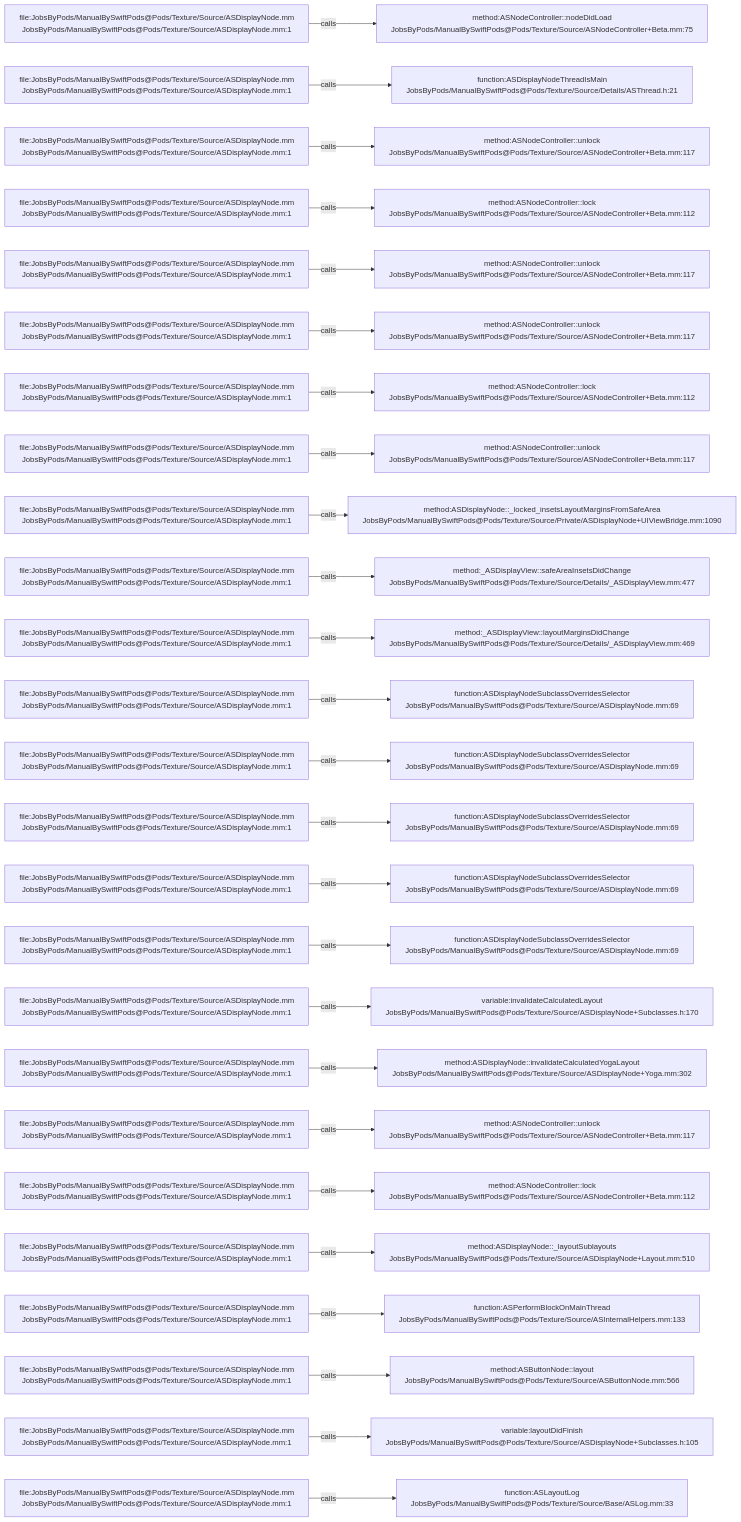
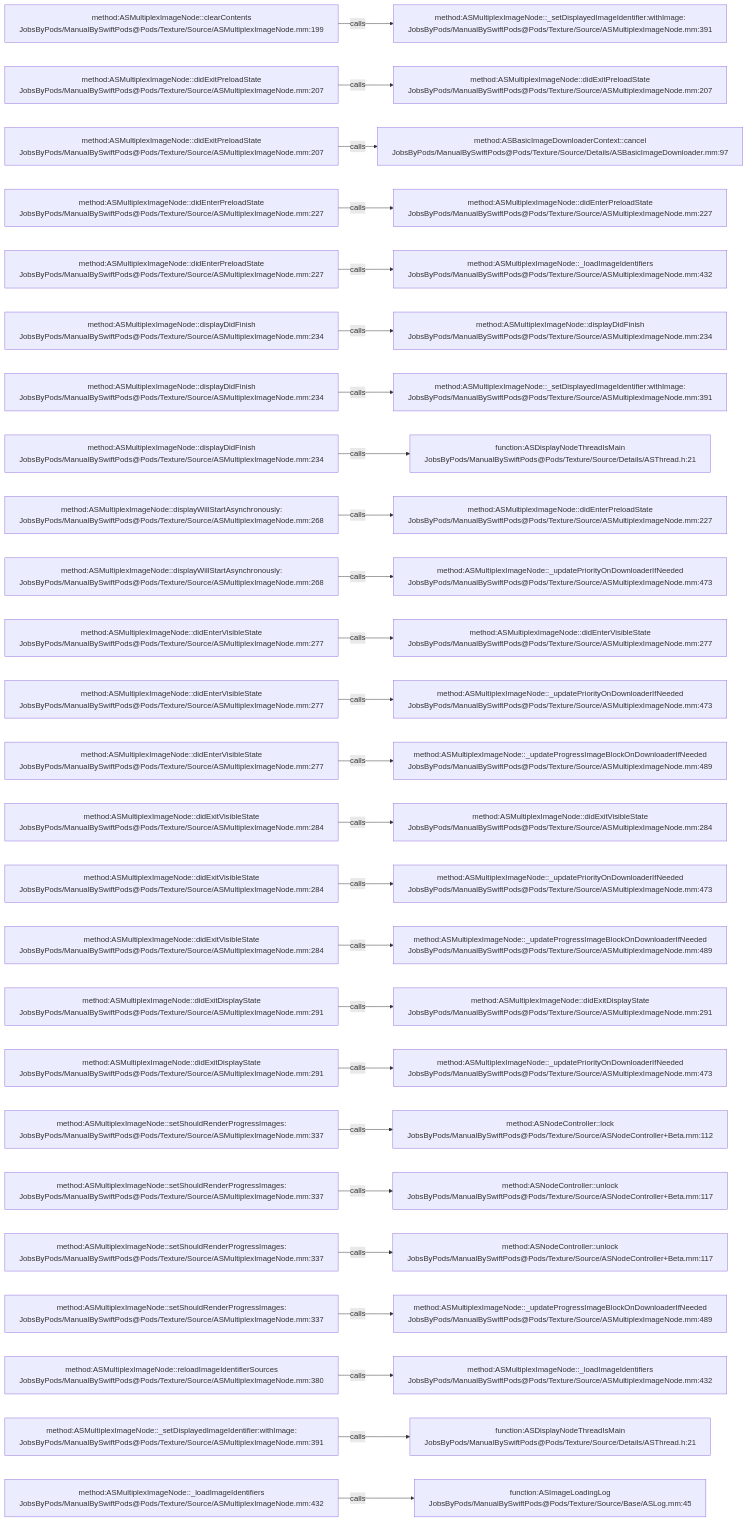
The diagram in .codegraph/codegraph.md/graphs/calls-047.md (JobsKits/JobsSwiftBaseConfigDemo), drawn with Mermaid before and after one commit. The commit also changed 832 other files, not shown here.

````diff
--- a/.codegraph/codegraph.md/graphs/calls-047.md
+++ b/.codegraph/codegraph.md/graphs/calls-047.md
@@ -13,78 +13,78 @@
 ```mermaid
 flowchart LR
-  S1["file:JobsByPods/ManualBySwiftPods@Pods/Texture/Source/ASDisplayNode.mm<br/>JobsByPods/ManualBySwiftPods@Pods/Texture/Source/ASDisplayNode.mm:1"]
-  T1["method:ASNodeController::nodeDidLoad<br/>JobsByPods/ManualBySwiftPods@Pods/Texture/Source/ASNodeController+Beta.mm:75"]
+  S1["method:ASMultiplexImageNode::clearContents<br/>JobsByPods/ManualBySwiftPods@Pods/Texture/Source/ASMultiplexImageNode.mm:199"]
+  T1["method:ASMultiplexImageNode::_setDisplayedImageIdentifier:withImage:<br/>JobsByPods/ManualBySwiftPods@Pods/Texture/Source/ASMultiplexImageNode.mm:391"]
   S1 -->|calls| T1
-  S2["file:JobsByPods/ManualBySwiftPods@Pods/Texture/Source/ASDisplayNode.mm<br/>JobsByPods/ManualBySwiftPods@Pods/Texture/Source/ASDisplayNode.mm:1"]
-  T2["function:ASDisplayNodeThreadIsMain<br/>JobsByPods/ManualBySwiftPods@Pods/Texture/Source/Details/ASThread.h:21"]
+  S2["method:ASMultiplexImageNode::didExitPreloadState<br/>JobsByPods/ManualBySwiftPods@Pods/Texture/Source/ASMultiplexImageNode.mm:207"]
+  T2["method:ASMultiplexImageNode::didExitPreloadState<br/>JobsByPods/ManualBySwiftPods@Pods/Texture/Source/ASMultiplexImageNode.mm:207"]
   S2 -->|calls| T2
-  S3["file:JobsByPods/ManualBySwiftPods@Pods/Texture/Source/ASDisplayNode.mm<br/>JobsByPods/ManualBySwiftPods@Pods/Texture/Source/ASDisplayNode.mm:1"]
-  T3["method:ASNodeController::unlock<br/>JobsByPods/ManualBySwiftPods@Pods/Texture/Source/ASNodeController+Beta.mm:117"]
+  S3["method:ASMultiplexImageNode::didExitPreloadState<br/>JobsByPods/ManualBySwiftPods@Pods/Texture/Source/ASMultiplexImageNode.mm:207"]
+  T3["method:ASBasicImageDownloaderContext::cancel<br/>JobsByPods/ManualBySwiftPods@Pods/Texture/Source/Details/ASBasicImageDownloader.mm:97"]
   S3 -->|calls| T3
-  S4["file:JobsByPods/ManualBySwiftPods@Pods/Texture/Source/ASDisplayNode.mm<br/>JobsByPods/ManualBySwiftPods@Pods/Texture/Source/ASDisplayNode.mm:1"]
-  T4["method:ASNodeController::lock<br/>JobsByPods/ManualBySwiftPods@Pods/Texture/Source/ASNodeController+Beta.mm:112"]
+  S4["method:ASMultiplexImageNode::didEnterPreloadState<br/>JobsByPods/ManualBySwiftPods@Pods/Texture/Source/ASMultiplexImageNode.mm:227"]
+  T4["method:ASMultiplexImageNode::didEnterPreloadState<br/>JobsByPods/ManualBySwiftPods@Pods/Texture/Source/ASMultiplexImageNode.mm:227"]
   S4 -->|calls| T4
-  S5["file:JobsByPods/ManualBySwiftPods@Pods/Texture/Source/ASDisplayNode.mm<br/>JobsByPods/ManualBySwiftPods@Pods/Texture/Source/ASDisplayNode.mm:1"]
-  T5["method:ASNodeController::unlock<br/>JobsByPods/ManualBySwiftPods@Pods/Texture/Source/ASNodeController+Beta.mm:117"]
+  S5["method:ASMultiplexImageNode::didEnterPreloadState<br/>JobsByPods/ManualBySwiftPods@Pods/Texture/Source/ASMultiplexImageNode.mm:227"]
+  T5["method:ASMultiplexImageNode::_loadImageIdentifiers<br/>JobsByPods/ManualBySwiftPods@Pods/Texture/Source/ASMultiplexImageNode.mm:432"]
   S5 -->|calls| T5
-  S6["file:JobsByPods/ManualBySwiftPods@Pods/Texture/Source/ASDisplayNode.mm<br/>JobsByPods/ManualBySwiftPods@Pods/Texture/Source/ASDisplayNode.mm:1"]
-  T6["method:ASNodeController::unlock<br/>JobsByPods/ManualBySwiftPods@Pods/Texture/Source/ASNodeController+Beta.mm:117"]
+  S6["method:ASMultiplexImageNode::displayDidFinish<br/>JobsByPods/ManualBySwiftPods@Pods/Texture/Source/ASMultiplexImageNode.mm:234"]
+  T6["method:ASMultiplexImageNode::displayDidFinish<br/>JobsByPods/ManualBySwiftPods@Pods/Texture/Source/ASMultiplexImageNode.mm:234"]
   S6 -->|calls| T6
-  S7["file:JobsByPods/ManualBySwiftPods@Pods/Texture/Source/ASDisplayNode.mm<br/>JobsByPods/ManualBySwiftPods@Pods/Texture/Source/ASDisplayNode.mm:1"]
-  T7["method:ASNodeController::lock<br/>JobsByPods/ManualBySwiftPods@Pods/Texture/Source/ASNodeController+Beta.mm:112"]
+  S7["method:ASMultiplexImageNode::displayDidFinish<br/>JobsByPods/ManualBySwiftPods@Pods/Texture/Source/ASMultiplexImageNode.mm:234"]
+  T7["method:ASMultiplexImageNode::_setDisplayedImageIdentifier:withImage:<br/>JobsByPods/ManualBySwiftPods@Pods/Texture/Source/ASMultiplexImageNode.mm:391"]
   S7 -->|calls| T7
-  S8["file:JobsByPods/ManualBySwiftPods@Pods/Texture/Source/ASDisplayNode.mm<br/>JobsByPods/ManualBySwiftPods@Pods/Texture/Source/ASDisplayNode.mm:1"]
-  T8["method:ASNodeController::unlock<br/>JobsByPods/ManualBySwiftPods@Pods/Texture/Source/ASNodeController+Beta.mm:117"]
+  S8["method:ASMultiplexImageNode::displayDidFinish<br/>JobsByPods/ManualBySwiftPods@Pods/Texture/Source/ASMultiplexImageNode.mm:234"]
+  T8["function:ASDisplayNodeThreadIsMain<br/>JobsByPods/ManualBySwiftPods@Pods/Texture/Source/Details/ASThread.h:21"]
   S8 -->|calls| T8
-  S9["file:JobsByPods/ManualBySwiftPods@Pods/Texture/Source/ASDisplayNode.mm<br/>JobsByPods/ManualBySwiftPods@Pods/Texture/Source/ASDisplayNode.mm:1"]
-  T9["method:ASDisplayNode::_locked_insetsLayoutMarginsFromSafeArea<br/>JobsByPods/ManualBySwiftPods@Pods/Texture/Source/Private/ASDisplayNode+UIViewBridge.mm:1090"]
+  S9["method:ASMultiplexImageNode::displayWillStartAsynchronously:<br/>JobsByPods/ManualBySwiftPods@Pods/Texture/Source/ASMultiplexImageNode.mm:268"]
+  T9["method:ASMultiplexImageNode::didEnterPreloadState<br/>JobsByPods/ManualBySwiftPods@Pods/Texture/Source/ASMultiplexImageNode.mm:227"]
   S9 -->|calls| T9
-  S10["file:JobsByPods/ManualBySwiftPods@Pods/Texture/Source/ASDisplayNode.mm<br/>JobsByPods/ManualBySwiftPods@Pods/Texture/Source/ASDisplayNode.mm:1"]
-  T10["method:_ASDisplayView::safeAreaInsetsDidChange<br/>JobsByPods/ManualBySwiftPods@Pods/Texture/Source/Details/_ASDisplayView.mm:477"]
+  S10["method:ASMultiplexImageNode::displayWillStartAsynchronously:<br/>JobsByPods/ManualBySwiftPods@Pods/Texture/Source/ASMultiplexImageNode.mm:268"]
+  T10["method:ASMultiplexImageNode::_updatePriorityOnDownloaderIfNeeded<br/>JobsByPods/ManualBySwiftPods@Pods/Texture/Source/ASMultiplexImageNode.mm:473"]
   S10 -->|calls| T10
-  S11["file:JobsByPods/ManualBySwiftPods@Pods/Texture/Source/ASDisplayNode.mm<br/>JobsByPods/ManualBySwiftPods@Pods/Texture/Source/ASDisplayNode.mm:1"]
-  T11["method:_ASDisplayView::layoutMarginsDidChange<br/>JobsByPods/ManualBySwiftPods@Pods/Texture/Source/Details/_ASDisplayView.mm:469"]
+  S11["method:ASMultiplexImageNode::didEnterVisibleState<br/>JobsByPods/ManualBySwiftPods@Pods/Texture/Source/ASMultiplexImageNode.mm:277"]
+  T11["method:ASMultiplexImageNode::didEnterVisibleState<br/>JobsByPods/ManualBySwiftPods@Pods/Texture/Source/ASMultiplexImageNode.mm:277"]
   S11 -->|calls| T11
-  S12["file:JobsByPods/ManualBySwiftPods@Pods/Texture/Source/ASDisplayNode.mm<br/>JobsByPods/ManualBySwiftPods@Pods/Texture/Source/ASDisplayNode.mm:1"]
-  T12["function:ASDisplayNodeSubclassOverridesSelector<br/>JobsByPods/ManualBySwiftPods@Pods/Texture/Source/ASDisplayNode.mm:69"]
+  S12["method:ASMultiplexImageNode::didEnterVisibleState<br/>JobsByPods/ManualBySwiftPods@Pods/Texture/Source/ASMultiplexImageNode.mm:277"]
+  T12["method:ASMultiplexImageNode::_updatePriorityOnDownloaderIfNeeded<br/>JobsByPods/ManualBySwiftPods@Pods/Texture/Source/ASMultiplexImageNode.mm:473"]
   S12 -->|calls| T12
-  S13["file:JobsByPods/ManualBySwiftPods@Pods/Texture/Source/ASDisplayNode.mm<br/>JobsByPods/ManualBySwiftPods@Pods/Texture/Source/ASDisplayNode.mm:1"]
-  T13["function:ASDisplayNodeSubclassOverridesSelector<br/>JobsByPods/ManualBySwiftPods@Pods/Texture/Source/ASDisplayNode.mm:69"]
+  S13["method:ASMultiplexImageNode::didEnterVisibleState<br/>JobsByPods/ManualBySwiftPods@Pods/Texture/Source/ASMultiplexImageNode.mm:277"]
+  T13["method:ASMultiplexImageNode::_updateProgressImageBlockOnDownloaderIfNeeded<br/>JobsByPods/ManualBySwiftPods@Pods/Texture/Source/ASMultiplexImageNode.mm:489"]
   S13 -->|calls| T13
-  S14["file:JobsByPods/ManualBySwiftPods@Pods/Texture/Source/ASDisplayNode.mm<br/>JobsByPods/ManualBySwiftPods@Pods/Texture/Source/ASDisplayNode.mm:1"]
-  T14["function:ASDisplayNodeSubclassOverridesSelector<br/>JobsByPods/ManualBySwiftPods@Pods/Texture/Source/ASDisplayNode.mm:69"]
+  S14["method:ASMultiplexImageNode::didExitVisibleState<br/>JobsByPods/ManualBySwiftPods@Pods/Texture/Source/ASMultiplexImageNode.mm:284"]
+  T14["method:ASMultiplexImageNode::didExitVisibleState<br/>JobsByPods/ManualBySwiftPods@Pods/Texture/Source/ASMultiplexImageNode.mm:284"]
   S14 -->|calls| T14
-  S15["file:JobsByPods/ManualBySwiftPods@Pods/Texture/Source/ASDisplayNode.mm<br/>JobsByPods/ManualBySwiftPods@Pods/Texture/Source/ASDisplayNode.mm:1"]
-  T15["function:ASDisplayNodeSubclassOverridesSelector<br/>JobsByPods/ManualBySwiftPods@Pods/Texture/Source/ASDisplayNode.mm:69"]
+  S15["method:ASMultiplexImageNode::didExitVisibleState<br/>JobsByPods/ManualBySwiftPods@Pods/Texture/Source/ASMultiplexImageNode.mm:284"]
+  T15["method:ASMultiplexImageNode::_updatePriorityOnDownloaderIfNeeded<br/>JobsByPods/ManualBySwiftPods@Pods/Texture/Source/ASMultiplexImageNode.mm:473"]
   S15 -->|calls| T15
-  S16["file:JobsByPods/ManualBySwiftPods@Pods/Texture/Source/ASDisplayNode.mm<br/>JobsByPods/ManualBySwiftPods@Pods/Texture/Source/ASDisplayNode.mm:1"]
-  T16["function:ASDisplayNodeSubclassOverridesSelector<br/>JobsByPods/ManualBySwiftPods@Pods/Texture/Source/ASDisplayNode.mm:69"]
+  S16["method:ASMultiplexImageNode::didExitVisibleState<br/>JobsByPods/ManualBySwiftPods@Pods/Texture/Source/ASMultiplexImageNode.mm:284"]
+  T16["method:ASMultiplexImageNode::_updateProgressImageBlockOnDownloaderIfNeeded<br/>JobsByPods/ManualBySwiftPods@Pods/Texture/Source/ASMultiplexImageNode.mm:489"]
   S16 -->|calls| T16
-  S17["file:JobsByPods/ManualBySwiftPods@Pods/Texture/Source/ASDisplayNode.mm<br/>JobsByPods/ManualBySwiftPods@Pods/Texture/Source/ASDisplayNode.mm:1"]
-  T17["variable:invalidateCalculatedLayout<br/>JobsByPods/ManualBySwiftPods@Pods/Texture/Source/ASDisplayNode+Subclasses.h:170"]
+  S17["method:ASMultiplexImageNode::didExitDisplayState<br/>JobsByPods/ManualBySwiftPods@Pods/Texture/Source/ASMultiplexImageNode.mm:291"]
+  T17["method:ASMultiplexImageNode::didExitDisplayState<br/>JobsByPods/ManualBySwiftPods@Pods/Texture/Source/ASMultiplexImageNode.mm:291"]
   S17 -->|calls| T17
-  S18["file:JobsByPods/ManualBySwiftPods@Pods/Texture/Source/ASDisplayNode.mm<br/>JobsByPods/ManualBySwiftPods@Pods/Texture/Source/ASDisplayNode.mm:1"]
-  T18["method:ASDisplayNode::invalidateCalculatedYogaLayout<br/>JobsByPods/ManualBySwiftPods@Pods/Texture/Source/ASDisplayNode+Yoga.mm:302"]
+  S18["method:ASMultiplexImageNode::didExitDisplayState<br/>JobsByPods/ManualBySwiftPods@Pods/Texture/Source/ASMultiplexImageNode.mm:291"]
+  T18["method:ASMultiplexImageNode::_updatePriorityOnDownloaderIfNeeded<br/>JobsByPods/ManualBySwiftPods@Pods/Texture/Source/ASMultiplexImageNode.mm:473"]
   S18 -->|calls| T18
-  S19["file:JobsByPods/ManualBySwiftPods@Pods/Texture/Source/ASDisplayNode.mm<br/>JobsByPods/ManualBySwiftPods@Pods/Texture/Source/ASDisplayNode.mm:1"]
-  T19["method:ASNodeController::unlock<br/>JobsByPods/ManualBySwiftPods@Pods/Texture/Source/ASNodeController+Beta.mm:117"]
+  S19["method:ASMultiplexImageNode::setShouldRenderProgressImages:<br/>JobsByPods/ManualBySwiftPods@Pods/Texture/Source/ASMultiplexImageNode.mm:337"]
+  T19["method:ASNodeController::lock<br/>JobsByPods/ManualBySwiftPods@Pods/Texture/Source/ASNodeController+Beta.mm:112"]
   S19 -->|calls| T19
-  S20["file:JobsByPods/ManualBySwiftPods@Pods/Texture/Source/ASDisplayNode.mm<br/>JobsByPods/ManualBySwiftPods@Pods/Texture/Source/ASDisplayNode.mm:1"]
-  T20["method:ASNodeController::lock<br/>JobsByPods/ManualBySwiftPods@Pods/Texture/Source/ASNodeController+Beta.mm:112"]
+  S20["method:ASMultiplexImageNode::setShouldRenderProgressImages:<br/>JobsByPods/ManualBySwiftPods@Pods/Texture/Source/ASMultiplexImageNode.mm:337"]
+  T20["method:ASNodeController::unlock<br/>JobsByPods/ManualBySwiftPods@Pods/Texture/Source/ASNodeController+Beta.mm:117"]
   S20 -->|calls| T20
-  S21["file:JobsByPods/ManualBySwiftPods@Pods/Texture/Source/ASDisplayNode.mm<br/>JobsByPods/ManualBySwiftPods@Pods/Texture/Source/ASDisplayNode.mm:1"]
-  T21["method:ASDisplayNode::_layoutSublayouts<br/>JobsByPods/ManualBySwiftPods@Pods/Texture/Source/ASDisplayNode+Layout.mm:510"]
+  S21["method:ASMultiplexImageNode::setShouldRenderProgressImages:<br/>JobsByPods/ManualBySwiftPods@Pods/Texture/Source/ASMultiplexImageNode.mm:337"]
+  T21["method:ASNodeController::unlock<br/>JobsByPods/ManualBySwiftPods@Pods/Texture/Source/ASNodeController+Beta.mm:117"]
   S21 -->|calls| T21
-  S22["file:JobsByPods/ManualBySwiftPods@Pods/Texture/Source/ASDisplayNode.mm<br/>JobsByPods/ManualBySwiftPods@Pods/Texture/Source/ASDisplayNode.mm:1"]
-  T22["function:ASPerformBlockOnMainThread<br/>JobsByPods/ManualBySwiftPods@Pods/Texture/Source/ASInternalHelpers.mm:133"]
+  S22["method:ASMultiplexImageNode::setShouldRenderProgressImages:<br/>JobsByPods/ManualBySwiftPods@Pods/Texture/Source/ASMultiplexImageNode.mm:337"]
+  T22["method:ASMultiplexImageNode::_updateProgressImageBlockOnDownloaderIfNeeded<br/>JobsByPods/ManualBySwiftPods@Pods/Texture/Source/ASMultiplexImageNode.mm:489"]
   S22 -->|calls| T22
-  S23["file:JobsByPods/ManualBySwiftPods@Pods/Texture/Source/ASDisplayNode.mm<br/>JobsByPods/ManualBySwiftPods@Pods/Texture/Source/ASDisplayNode.mm:1"]
-  T23["method:ASButtonNode::layout<br/>JobsByPods/ManualBySwiftPods@Pods/Texture/Source/ASButtonNode.mm:566"]
+  S23["method:ASMultiplexImageNode::reloadImageIdentifierSources<br/>JobsByPods/ManualBySwiftPods@Pods/Texture/Source/ASMultiplexImageNode.mm:380"]
+  T23["method:ASMultiplexImageNode::_loadImageIdentifiers<br/>JobsByPods/ManualBySwiftPods@Pods/Texture/Source/ASMultiplexImageNode.mm:432"]
   S23 -->|calls| T23
-  S24["file:JobsByPods/ManualBySwiftPods@Pods/Texture/Source/ASDisplayNode.mm<br/>JobsByPods/ManualBySwiftPods@Pods/Texture/Source/ASDisplayNode.mm:1"]
-  T24["variable:layoutDidFinish<br/>JobsByPods/ManualBySwiftPods@Pods/Texture/Source/ASDisplayNode+Subclasses.h:105"]
+  S24["method:ASMultiplexImageNode::_setDisplayedImageIdentifier:withImage:<br/>JobsByPods/ManualBySwiftPods@Pods/Texture/Source/ASMultiplexImageNode.mm:391"]
+  T24["function:ASDisplayNodeThreadIsMain<br/>JobsByPods/ManualBySwiftPods@Pods/Texture/Source/Details/ASThread.h:21"]
   S24 -->|calls| T24
-  S25["file:JobsByPods/ManualBySwiftPods@Pods/Texture/Source/ASDisplayNode.mm<br/>JobsByPods/ManualBySwiftPods@Pods/Texture/Source/ASDisplayNode.mm:1"]
-  T25["function:ASLayoutLog<br/>JobsByPods/ManualBySwiftPods@Pods/Texture/Source/Base/ASLog.mm:33"]
+  S25["method:ASMultiplexImageNode::_loadImageIdentifiers<br/>JobsByPods/ManualBySwiftPods@Pods/Texture/Source/ASMultiplexImageNode.mm:432"]
+  T25["function:ASImageLoadingLog<br/>JobsByPods/ManualBySwiftPods@Pods/Texture/Source/Base/ASLog.mm:45"]
   S25 -->|calls| T25
 ```
````
